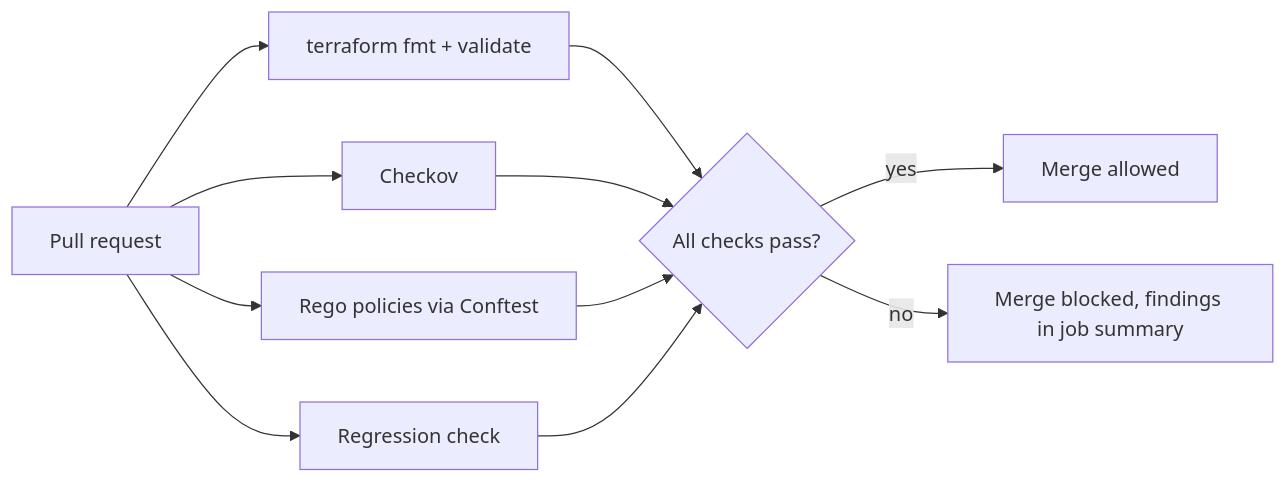
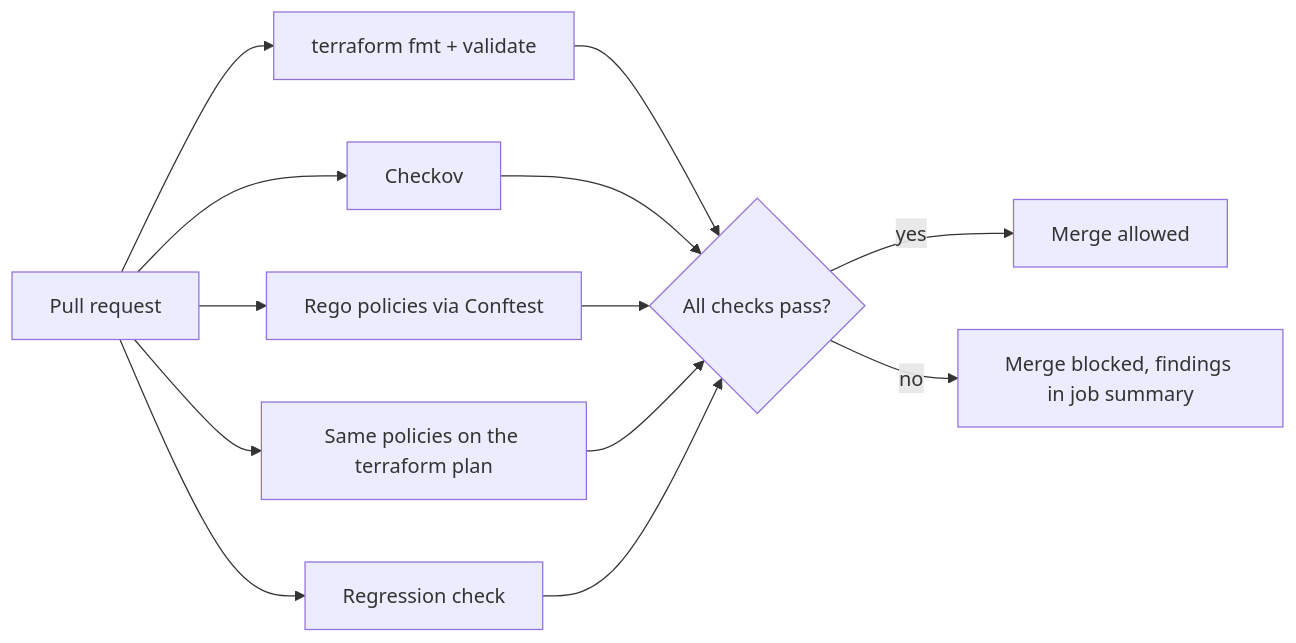
Before and after one commit to M4ru-0x03/secure-iac-pipeline: the diagram in README.md, drawn with Mermaid. The commit also changed other lines of this file, not shown here.

First line of the commit message:
docs: document the plan mode and rename the project for GCP

````diff
--- a/README.md
+++ b/README.md
@@ -19,13 +19,15 @@
 ```mermaid
 flowchart LR
     PR[Pull request] --> A[terraform fmt + validate]
     PR --> B[Checkov]
     PR --> C[Rego policies via Conftest]
+    PR --> P[Same policies on the terraform plan]
     PR --> D[Regression check]
     A --> G{All checks pass?}
     B --> G
     C --> G
+    P --> G
     D --> G
     G -- yes --> M[Merge allowed]
     G -- no --> X[Merge blocked, findings in job summary]
 ```
````
